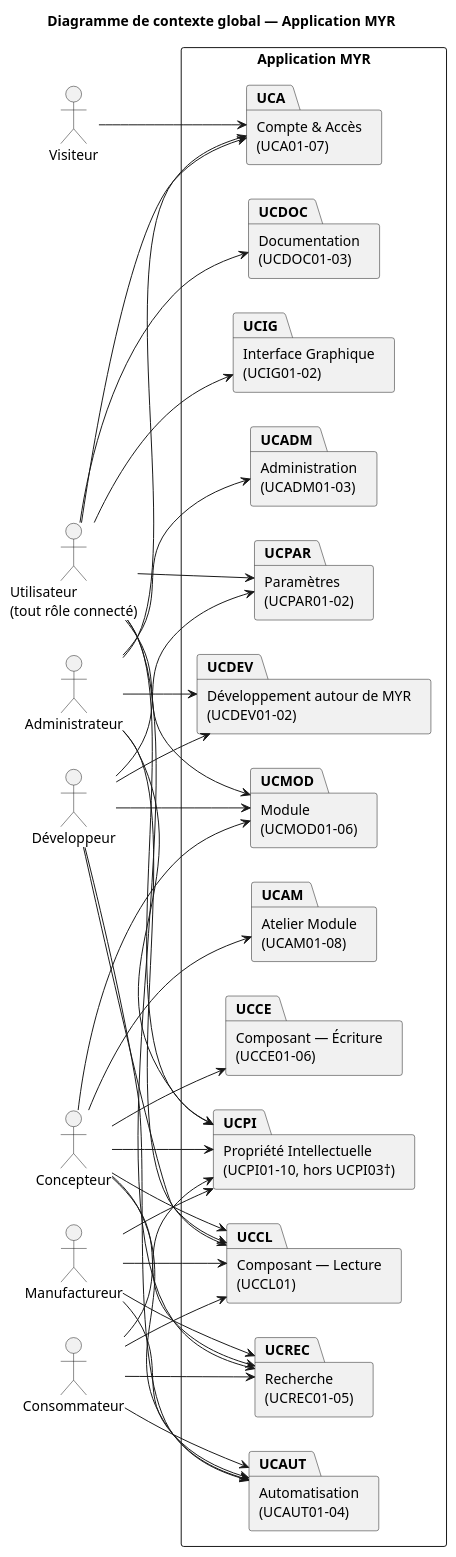
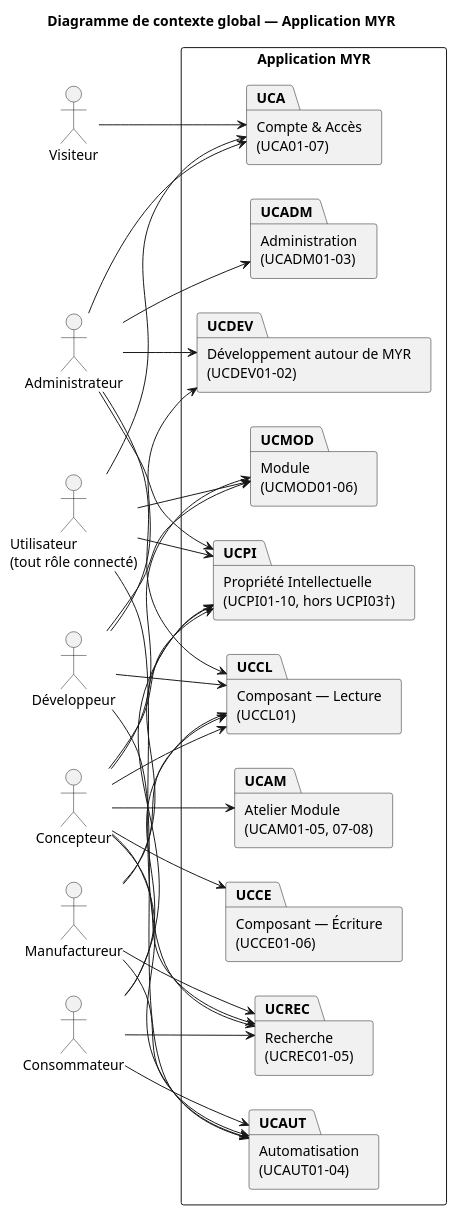
Before and after one commit to olivaux/myr: the fifth of 5 diagrams in specs/1-Expression/Expression_des_besoins_Intro.md, drawn with PlantUML. The commit also changed other lines of this file and 65 other files, not shown here.

````diff
--- a/specs/1-Expression/Expression_des_besoins_Intro.md
+++ b/specs/1-Expression/Expression_des_besoins_Intro.md
@@ -354,71 +354,64 @@
 ```plantuml
 @startuml
 title Diagramme de contexte global — Application MYR
 left to right direction
 
 actor "Visiteur" as V
 actor "Utilisateur\n(tout rôle connecté)" as U
 actor "Administrateur" as ADM
 actor "Concepteur" as C
 actor "Consommateur" as CL
 actor "Manufactureur" as M
 actor "Développeur" as D
 
 rectangle "Application MYR" {
     package "Compte & Accès\n(UCA01–07)" as UCA
     package "Administration\n(UCADM01–03)" as UCADM
     package "Composant — Écriture\n(UCCE01–06)" as UCCE
     package "Composant — Lecture\n(UCCL01)" as UCCL
-    package "Atelier Module\n(UCAM01–08)" as UCAM
+    package "Atelier Module\n(UCAM01–05, 07–08)" as UCAM
     package "Module\n(UCMOD01–06)" as UCMOD
     package "Propriété Intellectuelle\n(UCPI01–10, hors UCPI03†)" as UCPI
     package "Recherche\n(UCREC01–05)" as UCREC
     package "Automatisation\n(UCAUT01–04)" as UCAUT
-    package "Paramètres\n(UCPAR01–02)" as UCPAR
-    package "Documentation\n(UCDOC01–03)" as UCDOC
-    package "Interface Graphique\n(UCIG01–02)" as UCIG
     package "Développement autour de MYR\n(UCDEV01–02)" as UCDEV
 }
 
 V --> UCA
 
 U --> UCA
-U --> UCDOC
-U --> UCIG
-U --> UCPAR
 U --> UCREC
 U --> UCMOD
 U --> UCPI
 
 ADM --> UCA
 ADM --> UCADM
 ADM --> UCCL
 ADM --> UCPI
 ADM --> UCDEV
 
 C --> UCCE
 C --> UCCL
 C --> UCAM
 C --> UCMOD
 C --> UCPI
 C --> UCREC
 C --> UCAUT
 
 CL --> UCCL
 CL --> UCPI
 CL --> UCREC
 CL --> UCAUT
 
 M --> UCCL
 M --> UCPI
 M --> UCREC
 M --> UCAUT
 
 D --> UCCL
 D --> UCMOD
 D --> UCAUT
-D --> UCPAR
 D --> UCDEV
 
 @enduml
 ```
````
